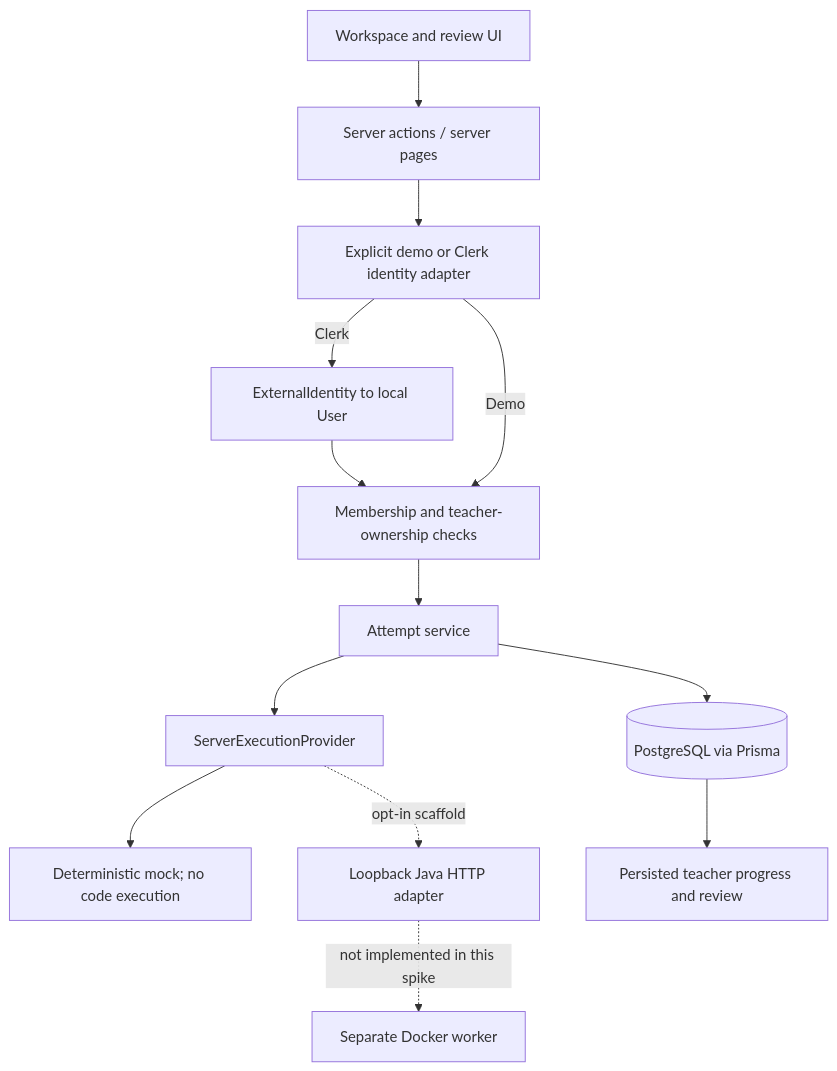
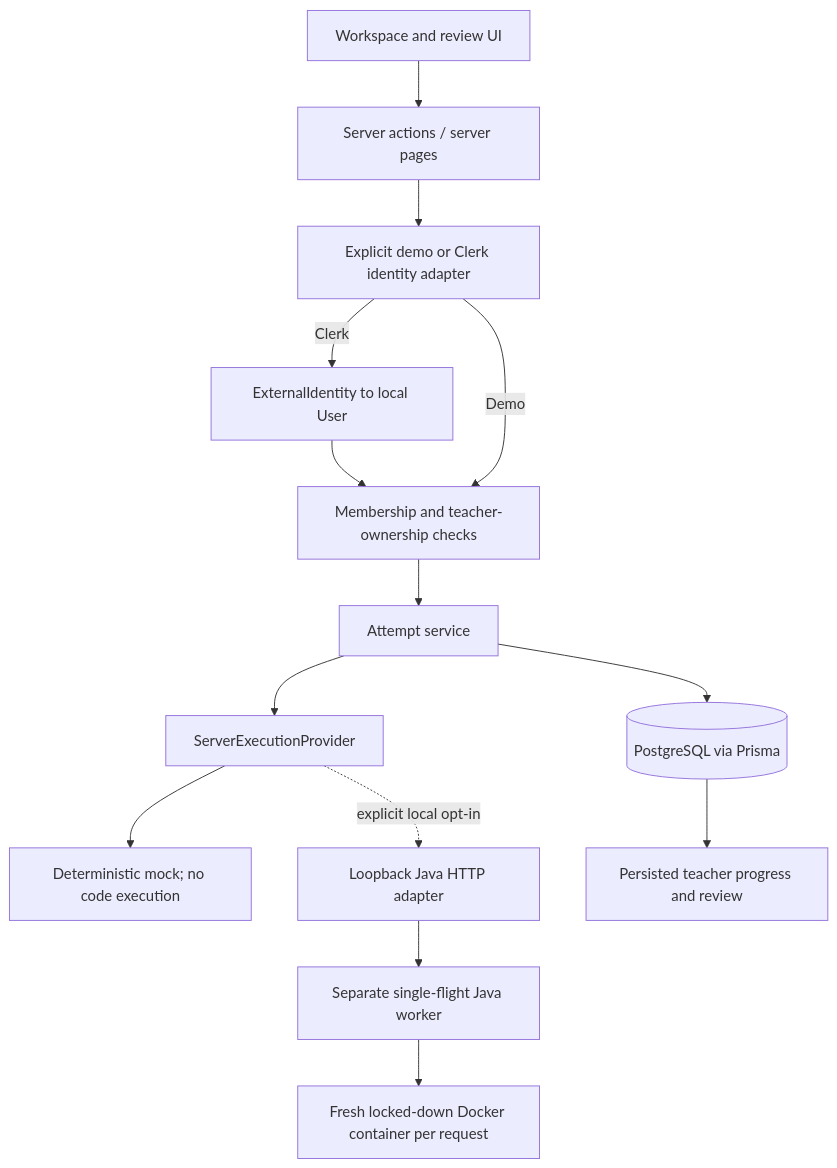
One commit to Tanishk1989/Labrix changed the first of 2 diagrams in docs/04-ARCHITECTURE.md. Above: the diagram before and after it, drawn with Mermaid. The commit also changed other lines of this file and 12 other files, not shown here.

Commit message:
feat(execution): add local Docker Java runner

````diff
--- a/docs/04-ARCHITECTURE.md
+++ b/docs/04-ARCHITECTURE.md
@@ -7,15 +7,16 @@
 ```mermaid
 flowchart TB
   UI["Workspace and review UI"] --> A["Server actions / server pages"]
   A --> ID["Explicit demo or Clerk identity adapter"]
   ID -->|"Clerk"| MAP["ExternalIdentity to local User"]
   MAP --> AUTHZ
   ID -->|"Demo"| AUTHZ["Membership and teacher-ownership checks"]
   AUTHZ --> SVC["Attempt service"]
   SVC --> DB[("PostgreSQL via Prisma")]
   SVC --> EP["ServerExecutionProvider"]
   EP --> MOCK["Deterministic mock; no code execution"]
-  EP -. "opt-in scaffold" .-> JHTTP["Loopback Java HTTP adapter"]
-  JHTTP -. "not implemented in this spike" .-> WORKER["Separate Docker worker"]
+  EP -. "explicit local opt-in" .-> JHTTP["Loopback Java HTTP adapter"]
+  JHTTP --> WORKER["Separate single-flight Java worker"]
+  WORKER --> DOCKER["Fresh locked-down Docker container per request"]
   DB --> REVIEW["Persisted teacher progress and review"]
 ```
````
